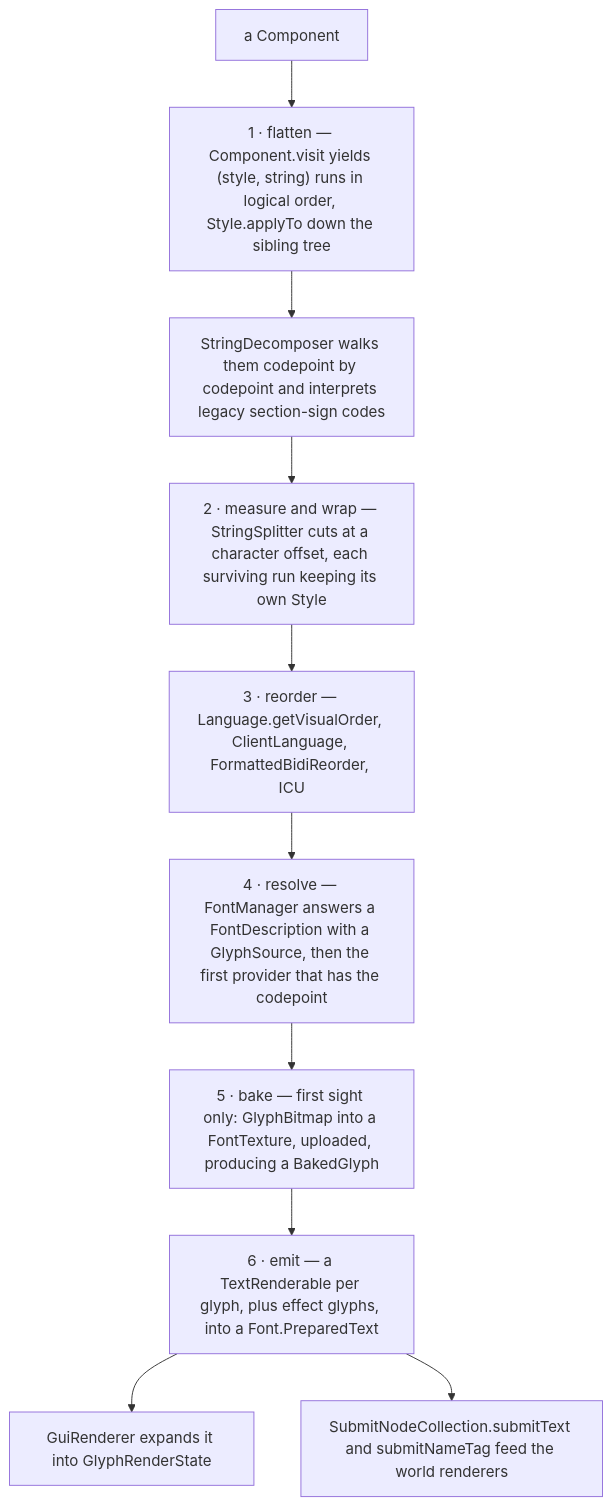
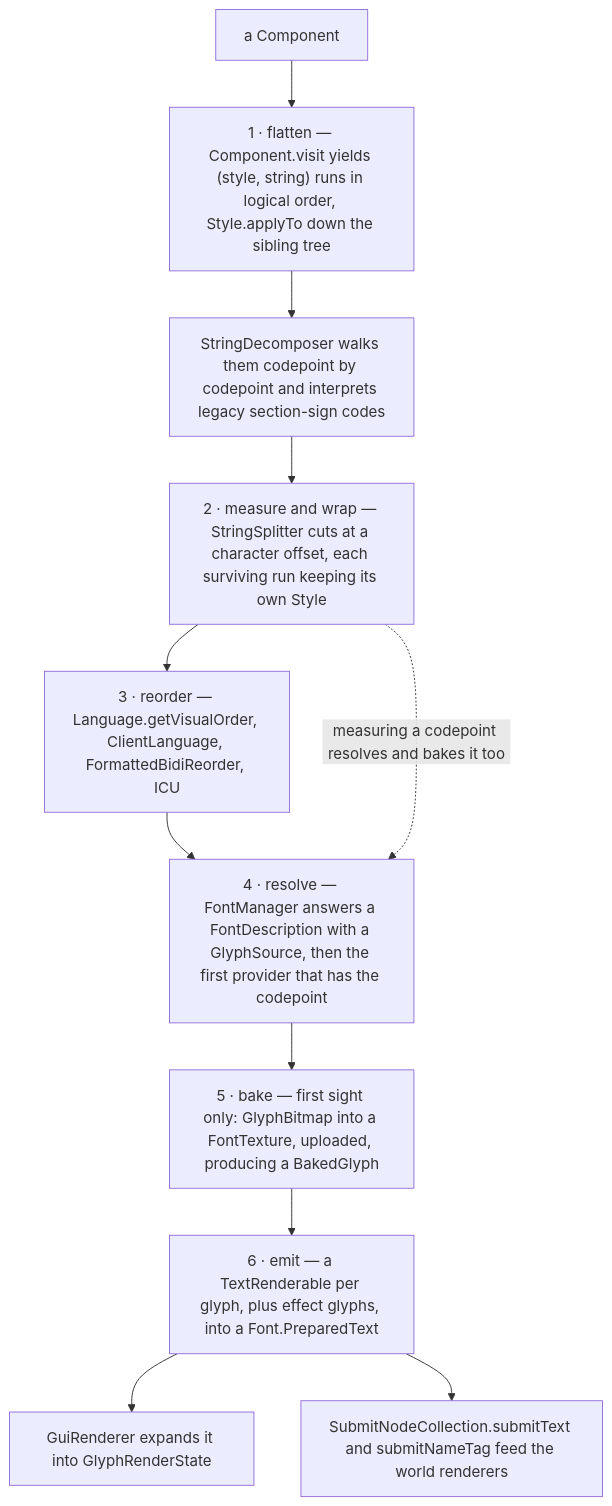
One commit to AlexanderjFraser/MinecraftDocs changed the first of 2 diagrams in src/systems/client/text-and-fonts.md. Above: the diagram before and after it, drawn with Mermaid. The commit also changed other lines of this file and 13 other files, not shown here.

````diff
--- a/src/systems/client/text-and-fonts.md
+++ b/src/systems/client/text-and-fonts.md
@@ -37,16 +37,17 @@
 ```mermaid
 flowchart TD
     C["a Component"]
     RUNS["1 · flatten — Component.visit yields (style, string) runs in logical order, Style.applyTo down the sibling tree"]
     DEC["StringDecomposer walks them codepoint by codepoint and interprets legacy section-sign codes"]
     WRAP["2 · measure and wrap — StringSplitter cuts at a character offset, each surviving run keeping its own Style"]
     BIDI["3 · reorder — Language.getVisualOrder, ClientLanguage, FormattedBidiReorder, ICU"]
     RESOLVE["4 · resolve — FontManager answers a FontDescription with a GlyphSource, then the first provider that has the codepoint"]
     BAKE["5 · bake — first sight only: GlyphBitmap into a FontTexture, uploaded, producing a BakedGlyph"]
     EMIT["6 · emit — a TextRenderable per glyph, plus effect glyphs, into a Font.PreparedText"]
     GUI["GuiRenderer expands it into GlyphRenderState"]
     WORLD["SubmitNodeCollection.submitText and submitNameTag feed the world renderers"]
     C --> RUNS --> DEC --> WRAP --> BIDI --> RESOLVE --> BAKE --> EMIT
+    WRAP -. "measuring a codepoint resolves and bakes it too" .-> RESOLVE
     EMIT --> GUI
     EMIT --> WORLD
 ```
````
